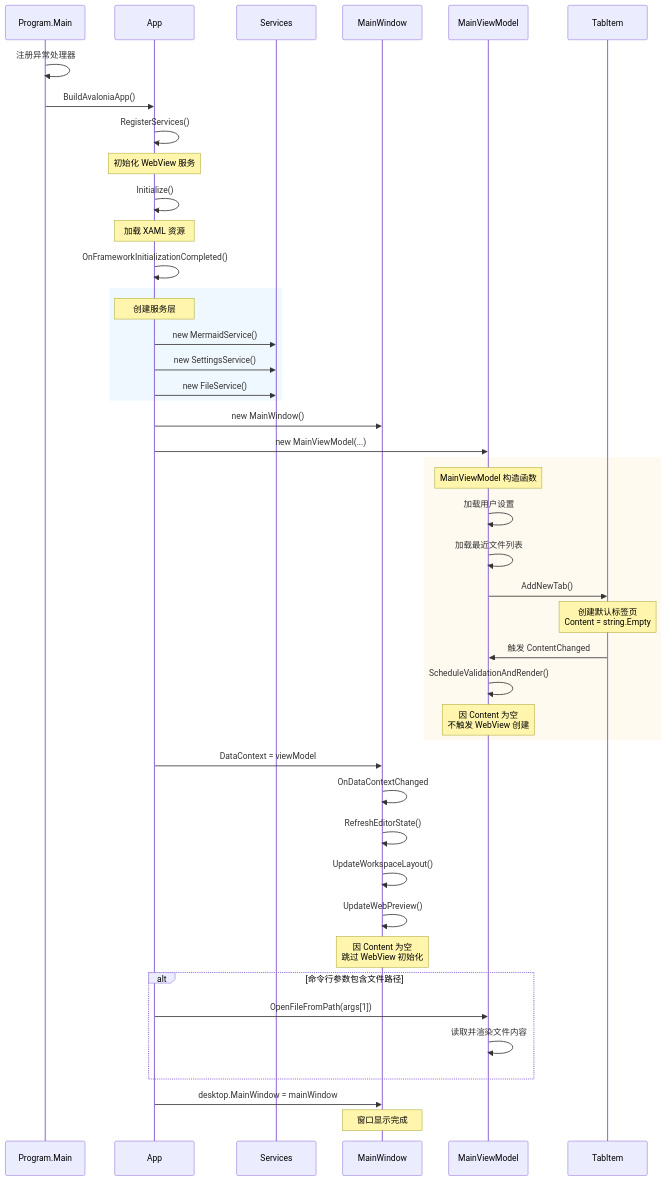
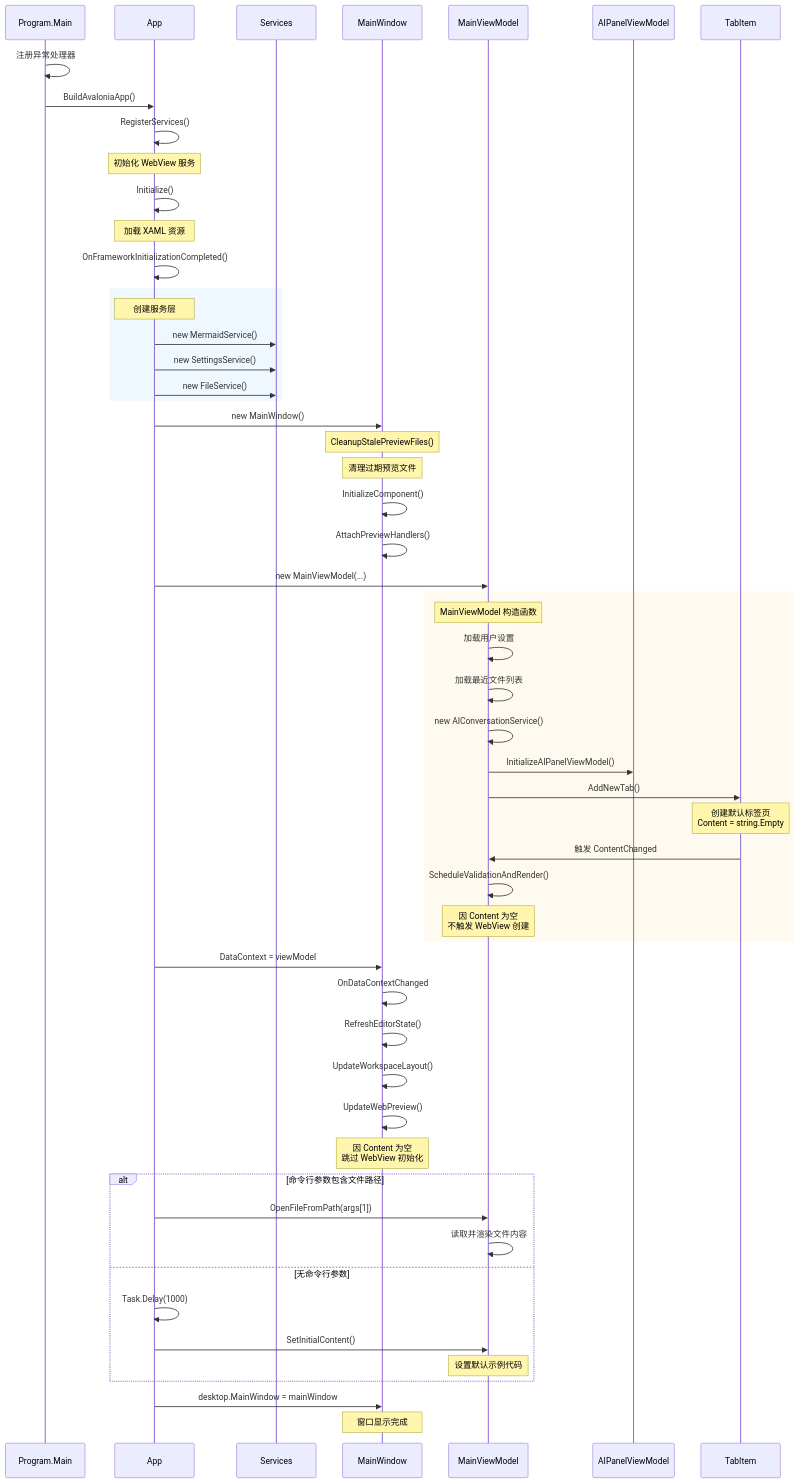
Before and after one commit to westsource/mermaider: the diagram in design/initialize.mmd, drawn with Mermaid. The commit also changed 2 other files, not shown here.

```diff
--- a/design/initialize.mmd
+++ b/design/initialize.mmd
@@ -1,51 +1,63 @@
 sequenceDiagram
     participant P as Program.Main
     participant A as App
     participant S as Services
     participant MW as MainWindow
     participant VM as MainViewModel
+    participant AI as AIPanelViewModel
     participant T as TabItem
 
     P->>P: 注册异常处理器
     P->>A: BuildAvaloniaApp()
     A->>A: RegisterServices()
     Note over A: 初始化 WebView 服务
     A->>A: Initialize()
     Note over A: 加载 XAML 资源
     A->>A: OnFrameworkInitializationCompleted()
     
     rect rgb(240, 248, 255)
         Note over A: 创建服务层
         A->>S: new MermaidService()
         A->>S: new SettingsService()
         A->>S: new FileService()
     end
     
     A->>MW: new MainWindow()
+    Note over MW: CleanupStalePreviewFiles()
+    Note over MW: 清理过期预览文件
+    MW->>MW: InitializeComponent()
+    MW->>MW: AttachPreviewHandlers()
+    
     A->>VM: new MainViewModel(...)
     
     rect rgb(255, 250, 240)
         Note over VM: MainViewModel 构造函数
         VM->>VM: 加载用户设置
         VM->>VM: 加载最近文件列表
+        VM->>VM: new AIConversationService()
+        VM->>AI: InitializeAIPanelViewModel()
         VM->>T: AddNewTab()
         Note over T: 创建默认标签页<br/>Content = string.Empty
         T->>VM: 触发 ContentChanged
         VM->>VM: ScheduleValidationAndRender()
         Note over VM: 因 Content 为空<br/>不触发 WebView 创建
     end
     
     A->>MW: DataContext = viewModel
     MW->>MW: OnDataContextChanged
     MW->>MW: RefreshEditorState()
     MW->>MW: UpdateWorkspaceLayout()
     MW->>MW: UpdateWebPreview()
     Note over MW: 因 Content 为空<br/>跳过 WebView 初始化
     
     alt 命令行参数包含文件路径
         A->>VM: OpenFileFromPath(args[1])
         VM->>VM: 读取并渲染文件内容
+    else 无命令行参数
+        A->>A: Task.Delay(1000)
+        A->>VM: SetInitialContent()
+        Note over VM: 设置默认示例代码
     end
     
     A->>MW: desktop.MainWindow = mainWindow
     Note over MW: 窗口显示完成
```
